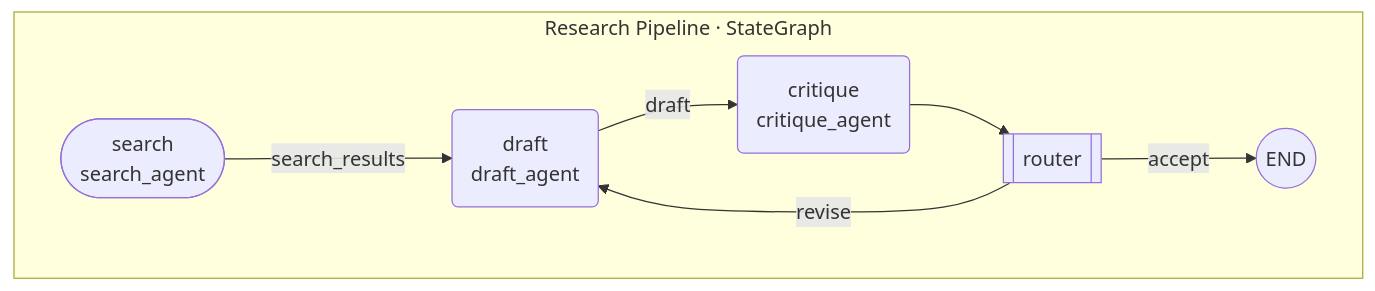
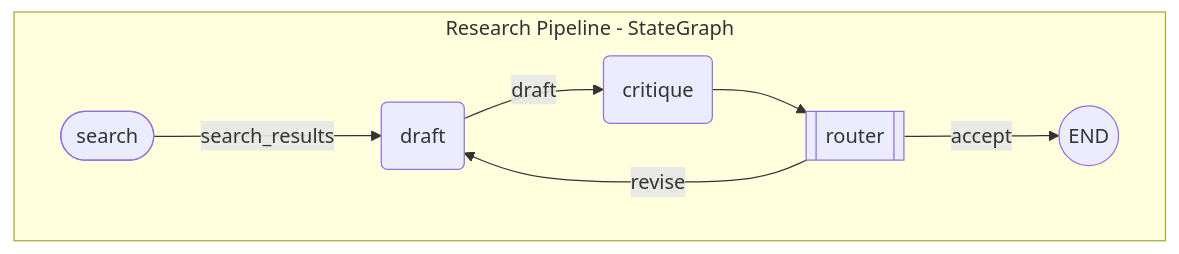
One commit to SoniaMehta14/agent-topology changed the second of 2 diagrams in README.md. Above: the diagram before and after it, drawn with Mermaid. The commit also changed other lines of this file, not shown here.

Commit message:
fix: remove \n node labels and middle-dot from Mermaid diagrams
GitHub's Mermaid renderer (v10) does not support \n in node label text
or non-ASCII characters in subgraph labels, causing a
"Cannot read properties of undefined (reading 'render')" error.
Replace multi-line labels with single-line equivalents.

````diff
--- a/README.md
+++ b/README.md
@@ -129,21 +129,16 @@
 ```mermaid
 flowchart TD
-    subgraph LangGraph [Research Pipeline · StateGraph]
-        A([search\nsearch_agent])
-        B(draft\ndraft_agent)
-        C(critique\ncritique_agent)
+    subgraph LangGraph [Research Pipeline - StateGraph]
+        A([search])
+        B(draft)
+        C(critique)
         R[[router]]
         Z((END))
     end
 
     A -->|search_results| B
     B -->|draft| C
     C --> R
     R -->|accept| Z
     R -->|revise| B
-
-%% Legend
-%% ([x]) = Entry point   (x) = Agent/Worker
-%% [[x]] = Router        ((x)) = Terminal
-%% State schema: ResearchState
 ```
````
